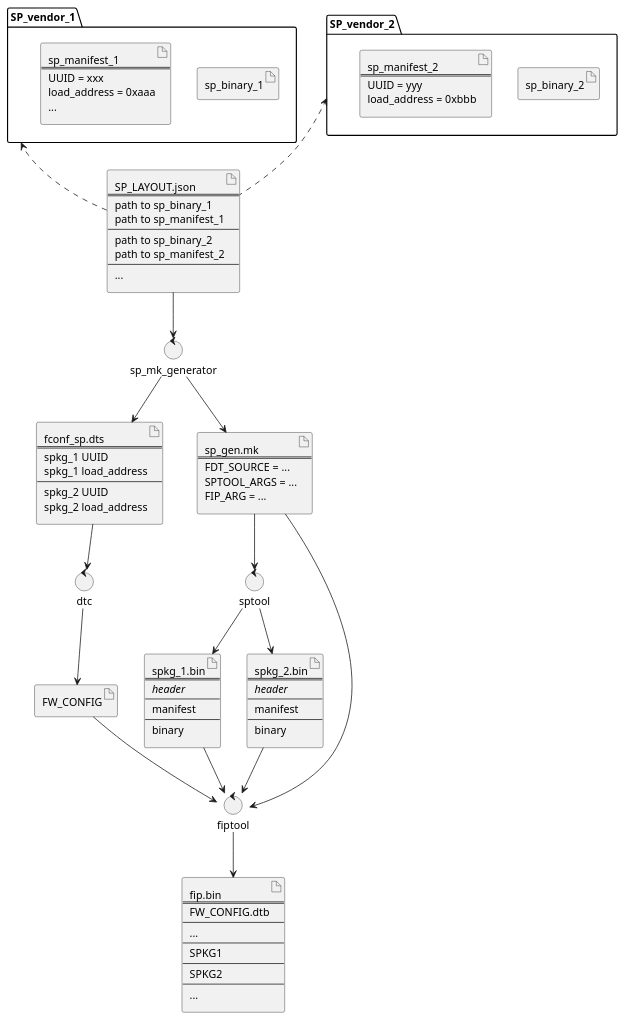
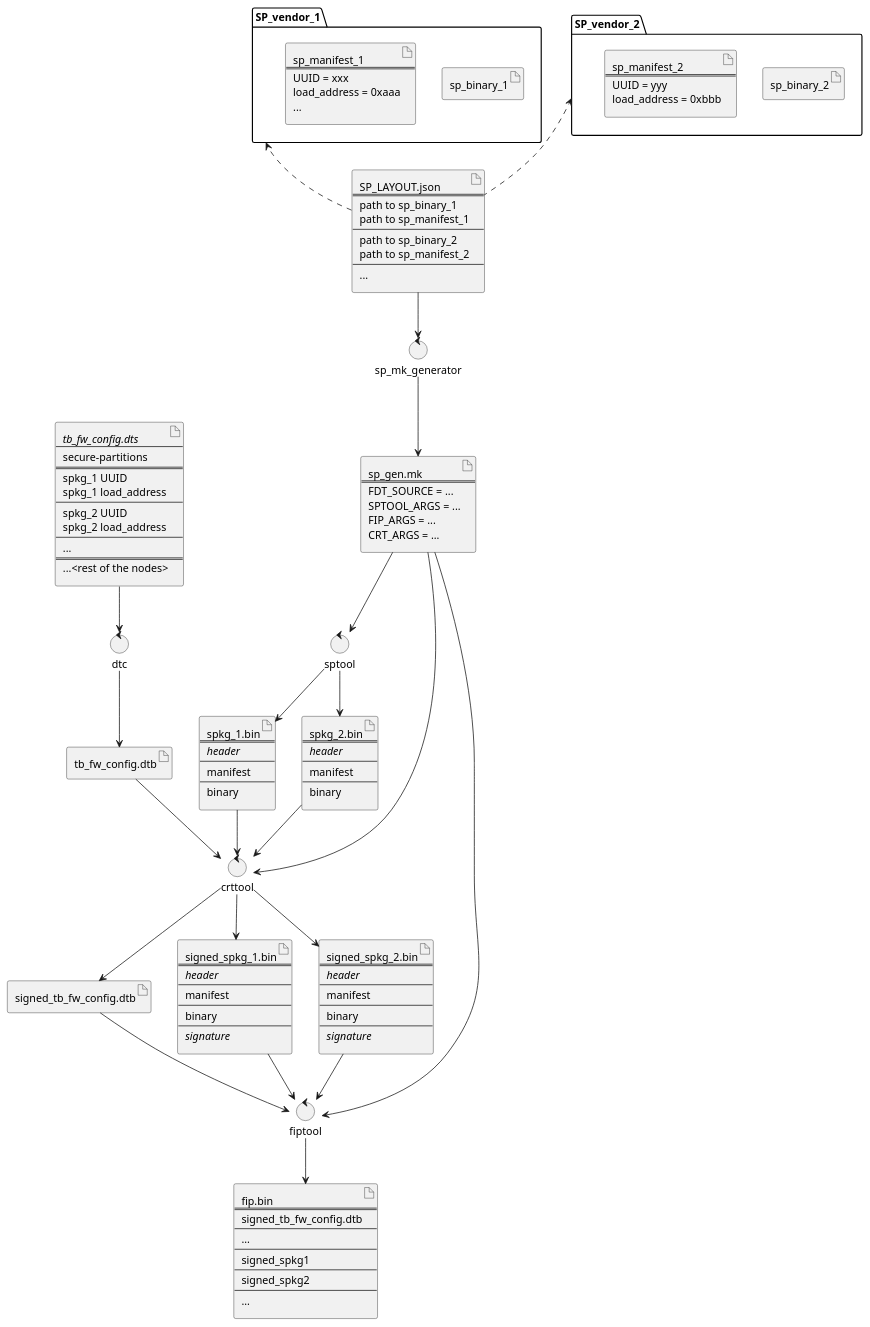
Before and after one commit to jolivain/trusted-firmware-a: the diagram in docs/resources/diagrams/plantuml/fip-secure-partitions.puml, drawn with PlantUML.

Commit message:
docs: Update the FIP generation process using SP images
Updated the documentation for the FIP generation process using
SP images.

```diff
--- a/docs/resources/diagrams/plantuml/fip-secure-partitions.puml
+++ b/docs/resources/diagrams/plantuml/fip-secure-partitions.puml
@@ -7,116 +7,156 @@
 @startuml
 
 folder SP_vendor_1 {
  artifact sp_binary_1
  artifact sp_manifest_1 [
  sp_manifest_1
  ===
  UUID = xxx
  load_address = 0xaaa
  ...
  ]
 }
 
 folder SP_vendor_2 {
  artifact sp_binary_2
  artifact sp_manifest_2 [
  sp_manifest_2
  ===
  UUID = yyy
  load_address = 0xbbb
  ]
 }
 
+artifact tb_fw_config.dts [
+ <i>tb_fw_config.dts</i>
+ ----
+ secure-partitions
+ ===
+ spkg_1 UUID
+ spkg_1 load_address
+ ---
+ spkg_2 UUID
+ spkg_2 load_address
+ ---
+ ...
+ ===
+ ...<rest of the nodes>
+]
+
 artifact config.json [
  SP_LAYOUT.json
  ===
  path to sp_binary_1
  path to sp_manifest_1
  ---
  path to sp_binary_2
  path to sp_manifest_2
  ---
  ...
 ]
 
 control sp_mk_generator
 
-artifact fconf_node [
- fconf_sp.dts
- ===
- spkg_1 UUID
- spkg_1 load_address
- ---
- spkg_2 UUID
- spkg_2 load_address
-]
-
 artifact sp_gen [
  sp_gen.mk
  ===
  FDT_SOURCE = ...
  SPTOOL_ARGS = ...
- FIP_ARG = ...
+ FIP_ARGS = ...
+ CRT_ARGS = ...
 ]
 
 control dtc
 control sptool
 
-artifact FW_CONFIG
+artifact tb_fw_config.dtb
+artifact signed_tb_fw_config.dtb
 
 artifact spkg_1 [
  spkg_1.bin
  ===
  <i>header</i>
  ---
  manifest
  ---
  binary
 ]
 
 artifact spkg_2 [
  spkg_2.bin
  ===
  <i>header</i>
  ---
  manifest
  ---
  binary
 ]
 
+artifact signed_spkg_1 [
+ signed_spkg_1.bin
+ ===
+ <i>header</i>
+ ---
+ manifest
+ ---
+ binary
+ ---
+ <i>signature</I>
+]
+
+artifact signed_spkg_2 [
+ signed_spkg_2.bin
+ ===
+ <i>header</i>
+ ---
+ manifest
+ ---
+ binary
+ ---
+ <i>signature</I>
+]
+
+control crttool
 control fiptool
 
 artifact fip [
  fip.bin
  ===
- FW_CONFIG.dtb
+ signed_tb_fw_config.dtb
  ---
  ...
  ---
- SPKG1
+ signed_spkg1
  ---
- SPKG2
+ signed_spkg2
  ---
  ...
 ]
 
 config.json .up.> SP_vendor_1
 config.json .up.> SP_vendor_2
 config.json --> sp_mk_generator
-sp_mk_generator --> fconf_node
 sp_mk_generator --> sp_gen
+sp_gen --> fiptool
+sp_gen --> crttool
+sp_gen --> sptool
 
-sp_gen --> sptool
 sptool --> spkg_1
 sptool --> spkg_2
 
-fconf_node -down-> dtc
-dtc --> FW_CONFIG
+spkg_1 --> crttool
+spkg_2 --> crttool
+crttool --> signed_spkg_1
+crttool --> signed_spkg_2
 
-sp_gen --> fiptool
-FW_CONFIG --> fiptool
-spkg_1 -down-> fiptool
-spkg_2 -down-> fiptool
+tb_fw_config.dts --> dtc
+dtc --> tb_fw_config.dtb
+tb_fw_config.dtb --> crttool
+crttool --> signed_tb_fw_config.dtb
+
+signed_tb_fw_config.dtb --> fiptool
+signed_spkg_1 -down-> fiptool
+signed_spkg_2 -down-> fiptool
 fiptool -down-> fip
 
 @enduml
```
